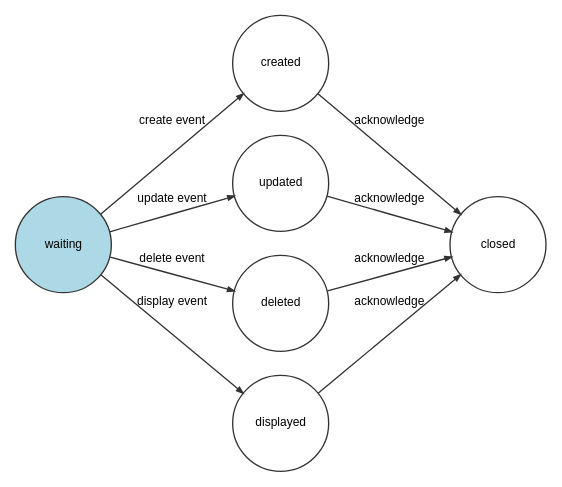
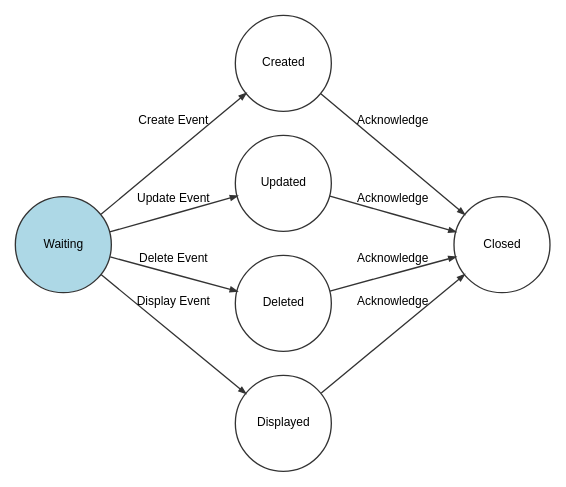
Before and after one commit to xaraya/modules: the diagram in xarimages/hook_sample.dot, drawn with Graphviz. The commit also changed 16 other files, not shown here.

```diff
--- a/xarimages/hook_sample.dot
+++ b/xarimages/hook_sample.dot
@@ -1,20 +1,20 @@
 digraph workflow {
   ratio="compress" rankdir="LR"
   node [fontsize="9" fontname="Arial" color="#333333" fillcolor="lightblue" fixedsize="false" width="1" href="/"];
   edge [fontsize="9" fontname="Arial" color="#333333" arrowhead="normal" arrowsize="0.5" href="/"];
 
-  place_12625ba3c14eddfc43fddb76cbc069528cec8b7f [label="waiting", shape=circle style="filled" href="/bermuda/index.php?module=workflow&type=user&func=test&workflow=hook_sample&place=waiting"];
-  place_21c50805b553b7a40e48394a5d77d442587ddee2 [label="created", shape=circle href="/bermuda/index.php?module=workflow&type=user&func=test&workflow=hook_sample&place=created"];
-  place_13a1891af75c642306a6b695377d16e4a91f0e1b [label="updated", shape=circle href="/bermuda/index.php?module=workflow&type=user&func=test&workflow=hook_sample&place=updated"];
-  place_b639f5cc719831458c83999303237e8499c0cabe [label="deleted", shape=circle href="/bermuda/index.php?module=workflow&type=user&func=test&workflow=hook_sample&place=deleted"];
-  place_cf9711ca06b31cb9cac3bc15bdc04bcbce3ced03 [label="displayed", shape=circle href="/bermuda/index.php?module=workflow&type=user&func=test&workflow=hook_sample&place=displayed"];
-  place_ea88fbaa99b73225752e2ef67593f775848160ad [label="closed", shape=circle href="/bermuda/index.php?module=workflow&type=user&func=test&workflow=hook_sample&place=closed"];
-  place_12625ba3c14eddfc43fddb76cbc069528cec8b7f -> place_21c50805b553b7a40e48394a5d77d442587ddee2 [label="create event" style="solid" href="/bermuda/index.php?module=workflow&type=user&func=test&workflow=hook_sample&transition=create event"];
-  place_12625ba3c14eddfc43fddb76cbc069528cec8b7f -> place_13a1891af75c642306a6b695377d16e4a91f0e1b [label="update event" style="solid" href="/bermuda/index.php?module=workflow&type=user&func=test&workflow=hook_sample&transition=update event"];
-  place_12625ba3c14eddfc43fddb76cbc069528cec8b7f -> place_b639f5cc719831458c83999303237e8499c0cabe [label="delete event" style="solid" href="/bermuda/index.php?module=workflow&type=user&func=test&workflow=hook_sample&transition=delete event"];
-  place_12625ba3c14eddfc43fddb76cbc069528cec8b7f -> place_cf9711ca06b31cb9cac3bc15bdc04bcbce3ced03 [label="display event" style="solid" href="/bermuda/index.php?module=workflow&type=user&func=test&workflow=hook_sample&transition=display event"];
-  place_21c50805b553b7a40e48394a5d77d442587ddee2 -> place_ea88fbaa99b73225752e2ef67593f775848160ad [label="acknowledge" style="solid" href="/bermuda/index.php?module=workflow&type=user&func=test&workflow=hook_sample&transition=acknowledge"];
-  place_13a1891af75c642306a6b695377d16e4a91f0e1b -> place_ea88fbaa99b73225752e2ef67593f775848160ad [label="acknowledge" style="solid" href="/bermuda/index.php?module=workflow&type=user&func=test&workflow=hook_sample&transition=acknowledge"];
-  place_b639f5cc719831458c83999303237e8499c0cabe -> place_ea88fbaa99b73225752e2ef67593f775848160ad [label="acknowledge" style="solid" href="/bermuda/index.php?module=workflow&type=user&func=test&workflow=hook_sample&transition=acknowledge"];
-  place_cf9711ca06b31cb9cac3bc15bdc04bcbce3ced03 -> place_ea88fbaa99b73225752e2ef67593f775848160ad [label="acknowledge" style="solid" href="/bermuda/index.php?module=workflow&type=user&func=test&workflow=hook_sample&transition=acknowledge"];
+  place_12625ba3c14eddfc43fddb76cbc069528cec8b7f [label="Waiting", shape=circle style="filled" href="/bermuda/index.php?module=workflow&type=user&func=test&workflow=hook_sample&place=waiting"];
+  place_21c50805b553b7a40e48394a5d77d442587ddee2 [label="Created", shape=circle href="/bermuda/index.php?module=workflow&type=user&func=test&workflow=hook_sample&place=created"];
+  place_13a1891af75c642306a6b695377d16e4a91f0e1b [label="Updated", shape=circle href="/bermuda/index.php?module=workflow&type=user&func=test&workflow=hook_sample&place=updated"];
+  place_b639f5cc719831458c83999303237e8499c0cabe [label="Deleted", shape=circle href="/bermuda/index.php?module=workflow&type=user&func=test&workflow=hook_sample&place=deleted"];
+  place_cf9711ca06b31cb9cac3bc15bdc04bcbce3ced03 [label="Displayed", shape=circle href="/bermuda/index.php?module=workflow&type=user&func=test&workflow=hook_sample&place=displayed"];
+  place_ea88fbaa99b73225752e2ef67593f775848160ad [label="Closed", shape=circle href="/bermuda/index.php?module=workflow&type=user&func=test&workflow=hook_sample&place=closed"];
+  place_12625ba3c14eddfc43fddb76cbc069528cec8b7f -> place_21c50805b553b7a40e48394a5d77d442587ddee2 [label="Create Event" style="solid" href="/bermuda/index.php?module=workflow&type=user&func=test&workflow=hook_sample&transition=create_event"];
+  place_12625ba3c14eddfc43fddb76cbc069528cec8b7f -> place_13a1891af75c642306a6b695377d16e4a91f0e1b [label="Update Event" style="solid" href="/bermuda/index.php?module=workflow&type=user&func=test&workflow=hook_sample&transition=update_event"];
+  place_12625ba3c14eddfc43fddb76cbc069528cec8b7f -> place_b639f5cc719831458c83999303237e8499c0cabe [label="Delete Event" style="solid" href="/bermuda/index.php?module=workflow&type=user&func=test&workflow=hook_sample&transition=delete_event"];
+  place_12625ba3c14eddfc43fddb76cbc069528cec8b7f -> place_cf9711ca06b31cb9cac3bc15bdc04bcbce3ced03 [label="Display Event" style="solid" href="/bermuda/index.php?module=workflow&type=user&func=test&workflow=hook_sample&transition=display_event"];
+  place_21c50805b553b7a40e48394a5d77d442587ddee2 -> place_ea88fbaa99b73225752e2ef67593f775848160ad [label="Acknowledge" style="solid" href="/bermuda/index.php?module=workflow&type=user&func=test&workflow=hook_sample&transition=acknowledge"];
+  place_13a1891af75c642306a6b695377d16e4a91f0e1b -> place_ea88fbaa99b73225752e2ef67593f775848160ad [label="Acknowledge" style="solid" href="/bermuda/index.php?module=workflow&type=user&func=test&workflow=hook_sample&transition=acknowledge"];
+  place_b639f5cc719831458c83999303237e8499c0cabe -> place_ea88fbaa99b73225752e2ef67593f775848160ad [label="Acknowledge" style="solid" href="/bermuda/index.php?module=workflow&type=user&func=test&workflow=hook_sample&transition=acknowledge"];
+  place_cf9711ca06b31cb9cac3bc15bdc04bcbce3ced03 -> place_ea88fbaa99b73225752e2ef67593f775848160ad [label="Acknowledge" style="solid" href="/bermuda/index.php?module=workflow&type=user&func=test&workflow=hook_sample&transition=acknowledge"];
 }
```
